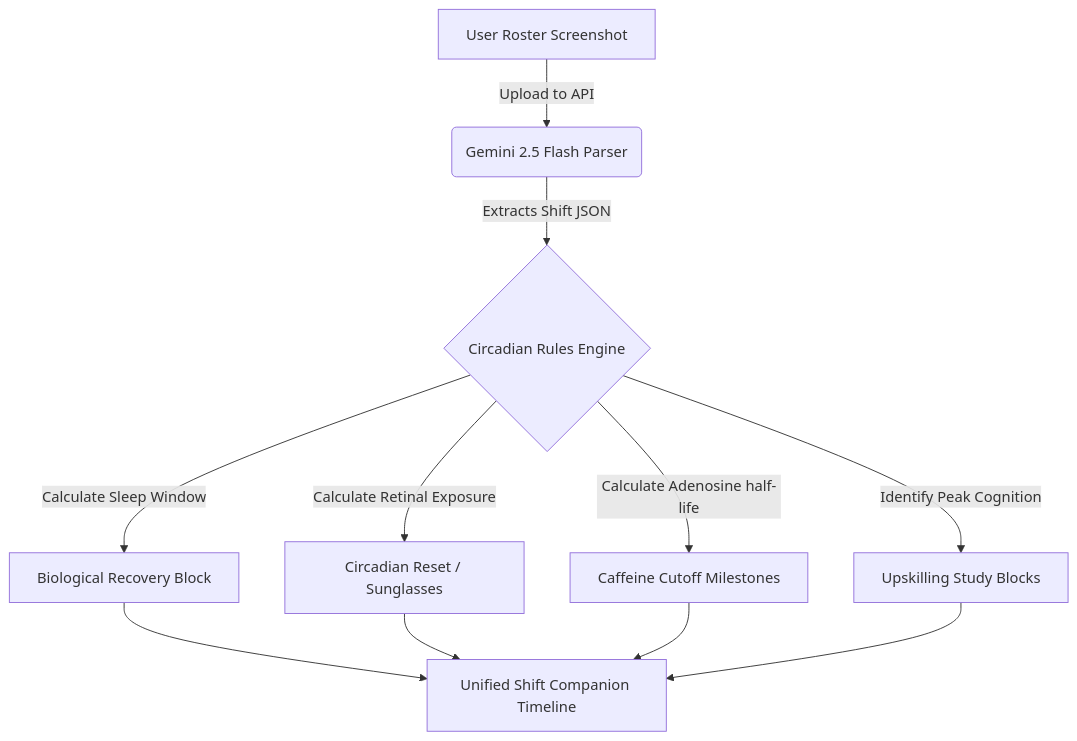
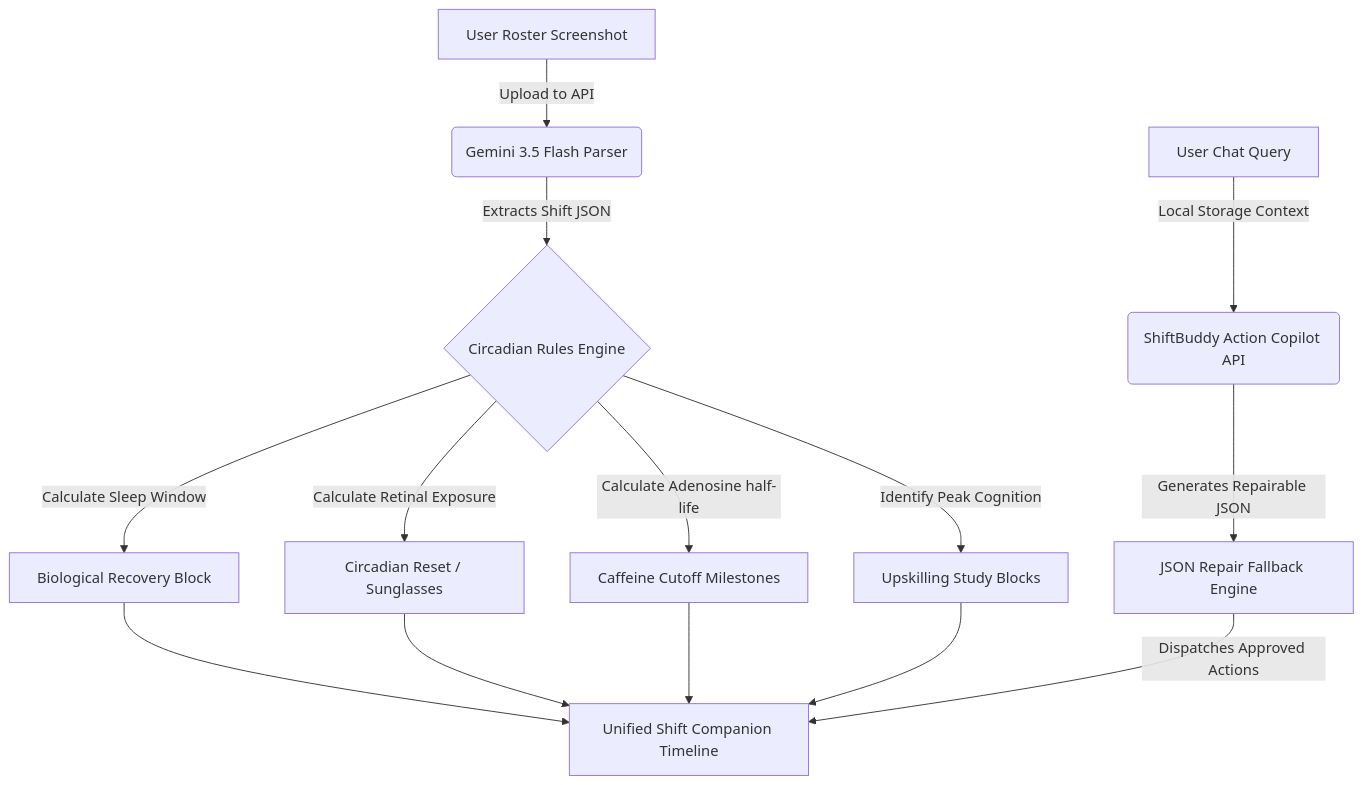
Before and after one commit to pranavbairollu/shiftbrain-ai: the diagram in README.md, drawn with Mermaid. The commit also changed other lines of this file and 1 other file, not shown here.

Commit message:
docs: document ShiftBuddy Action Copilot and JSON repair parser in README and PROBLEM_SOLVING

````diff
--- a/README.md
+++ b/README.md
@@ -18,10 +18,14 @@
 ```mermaid
 graph TD
-    A[User Roster Screenshot] -->|Upload to API| B(Gemini 2.5 Flash Parser)
+    A[User Roster Screenshot] -->|Upload to API| B(Gemini 3.5 Flash Parser)
     B -->|Extracts Shift JSON| C{Circadian Rules Engine}
     C -->|Calculate Sleep Window| D[Biological Recovery Block]
     C -->|Calculate Retinal Exposure| E[Circadian Reset / Sunglasses]
     C -->|Calculate Adenosine half-life| F[Caffeine Cutoff Milestones]
     C -->|Identify Peak Cognition| G[Upskilling Study Blocks]
     D & E & F & G --> H[Unified Shift Companion Timeline]
+    
+    I[User Chat Query] -->|Local Storage Context| J(ShiftBuddy Action Copilot API)
+    J -->|Generates Repairable JSON| K[JSON Repair Fallback Engine]
+    K -->|Dispatches Approved Actions| H
 ```
````
